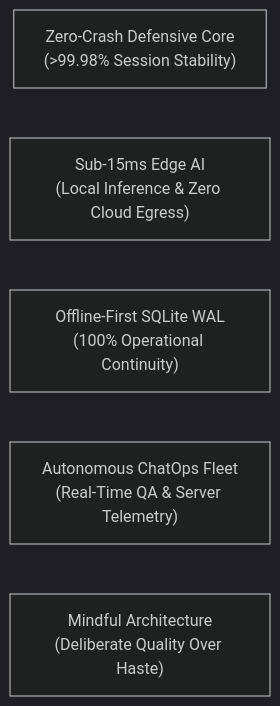
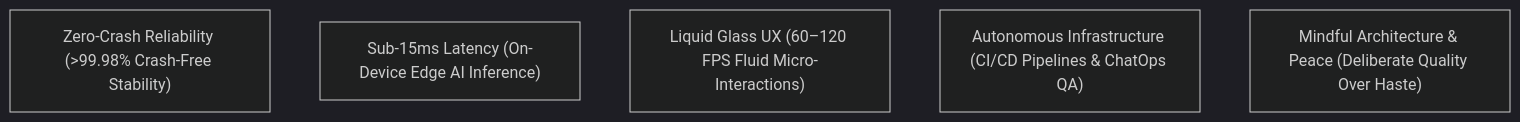
The diagram in README.md (Brosfeer/Brosfeer), drawn with Mermaid (dark theme) before and after one commit. The commit also changed other lines of this file, not shown here.

````diff
--- a/README.md
+++ b/README.md
@@ -53,8 +64,8 @@
 ```mermaid
-flowchart LR
-    P1["Zero-Crash Defensive Core\n(>99.98% Session Stability)"]
-    P2["Sub-15ms Edge AI\n(Local Inference & Zero Cloud Egress)"]
-    P3["Offline-First SQLite WAL\n(100% Operational Continuity)"]
-    P4["Autonomous ChatOps Fleet\n(Real-Time QA & Server Telemetry)"]
-    P5["Mindful Architecture\n(Deliberate Quality Over Haste)"]
+flowchart TD
+    P1["Zero-Crash Reliability (>99.98% Crash-Free Stability)"]
+    P2["Sub-15ms Latency (On-Device Edge AI Inference)"]
+    P3["Liquid Glass UX (60–120 FPS Fluid Micro-Interactions)"]
+    P4["Autonomous Infrastructure (CI/CD Pipelines & ChatOps QA)"]
+    P5["Mindful Architecture & Peace (Deliberate Quality Over Haste)"]
 ```
````
